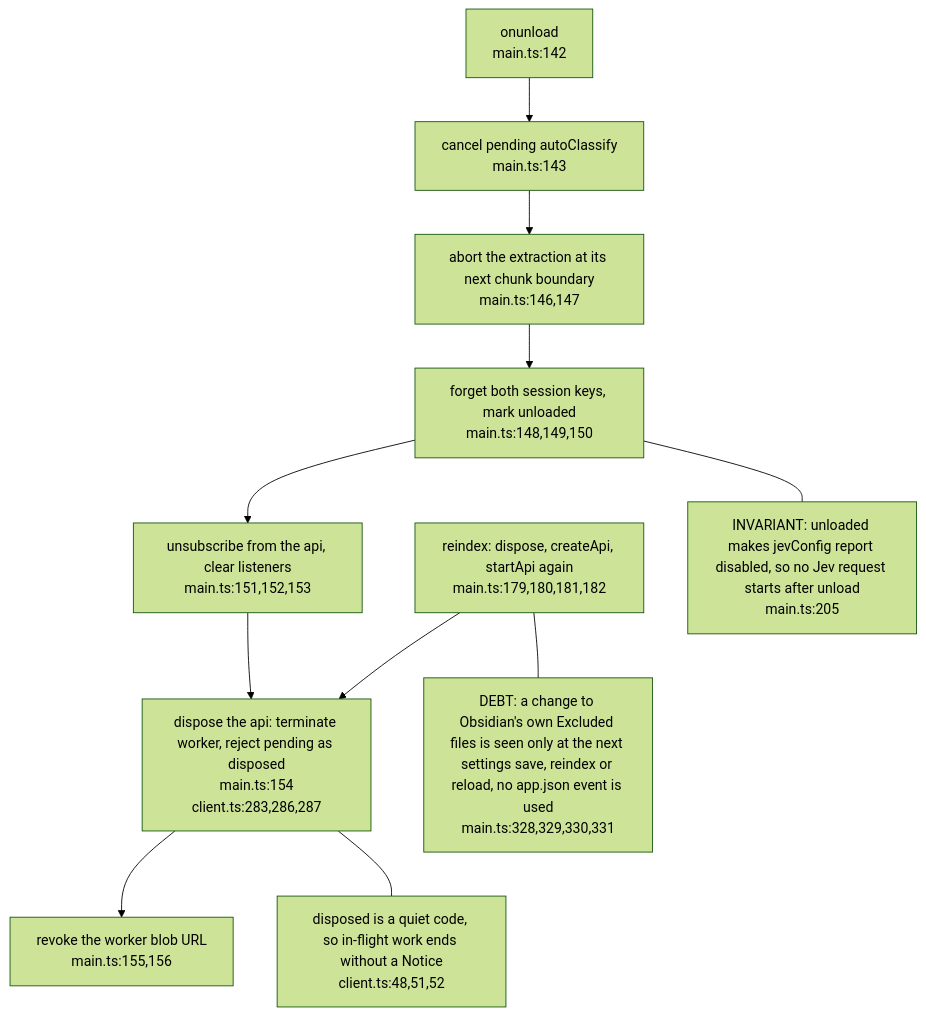
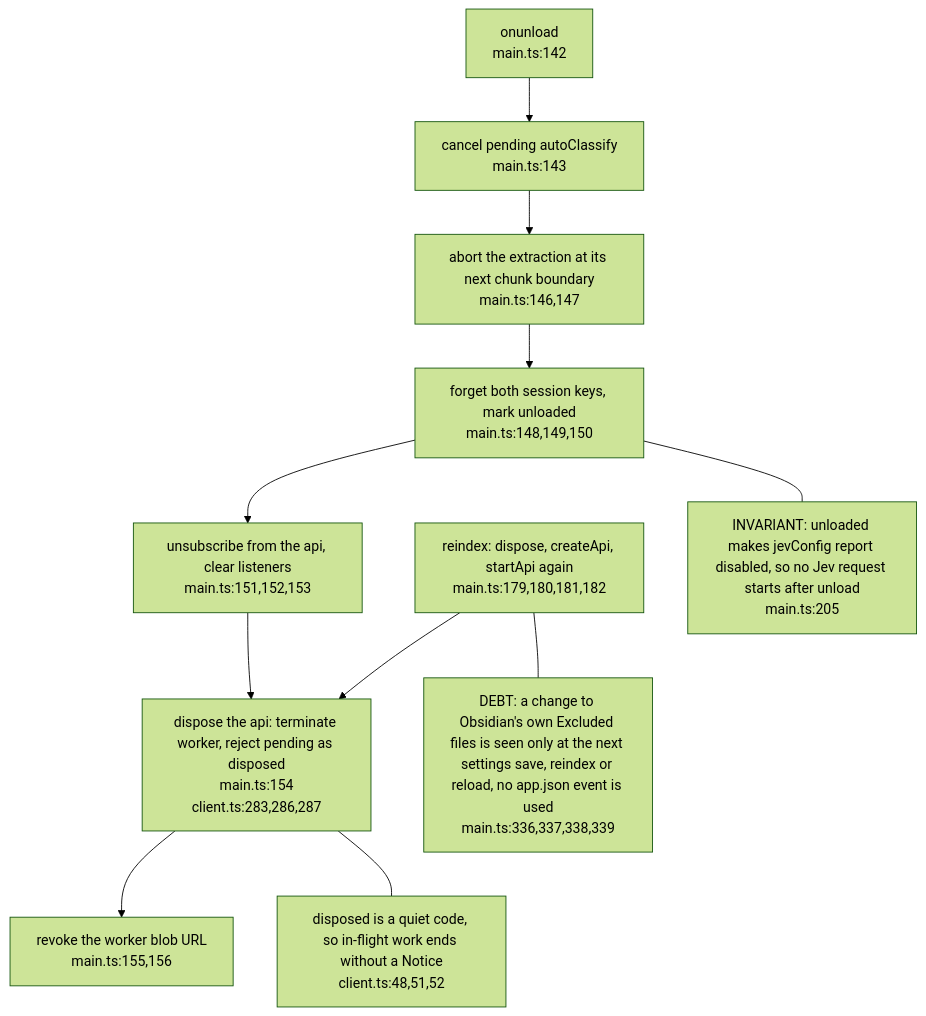
One commit to DreamLab-AI/VisionFlow changed the fourth of 4 diagrams in docs/diagrams/ontomark-obsidian/01-plugin-anatomy-and-lifecycle.md. Above: the diagram before and after it, drawn with Mermaid (forest theme). The commit also changed other lines of this file and 20 other files, not shown here.

First line of the commit message:
docs(diagrams): ontomark and ontomark-obsidian re-verified (graph 0.4.0, plugin 0.6.0)

````diff
--- a/docs/diagrams/ontomark-obsidian/01-plugin-anatomy-and-lifecycle.md
+++ b/docs/diagrams/ontomark-obsidian/01-plugin-anatomy-and-lifecycle.md
@@ -139,19 +140,19 @@
 ```mermaid
 flowchart TD
     UN["onunload<br/>main.ts:142"]
     T1["cancel pending autoClassify<br/>main.ts:143"]
     T2["abort the extraction at its next chunk boundary<br/>main.ts:146,147"]
     T3["forget both session keys, mark unloaded<br/>main.ts:148,149,150"]
     T4["unsubscribe from the api, clear listeners<br/>main.ts:151,152,153"]
     T5["dispose the api: terminate worker, reject pending as disposed<br/>main.ts:154<br/>client.ts:283,286,287"]
     T6["revoke the worker blob URL<br/>main.ts:155,156"]
     UN --> T1 --> T2 --> T3 --> T4 --> T5 --> T6
     RX["reindex: dispose, createApi, startApi again<br/>main.ts:179,180,181,182"]
     RX --> T5
     QUIET["disposed is a quiet code, so in-flight work ends without a Notice<br/>client.ts:48,51,52"]
     T5 --- QUIET
     INV["INVARIANT: unloaded makes jevConfig report disabled, so no Jev request starts after unload<br/>main.ts:205"]
     T3 --- INV
-    DEBT["DEBT: a change to Obsidian's own Excluded files is seen only at the next settings save, reindex or reload, no app.json event is used<br/>main.ts:328,329,330,331"]
+    DEBT["DEBT: a change to Obsidian's own Excluded files is seen only at the next settings save, reindex or reload, no app.json event is used<br/>main.ts:336,337,338,339"]
     RX --- DEBT
 ```
````
